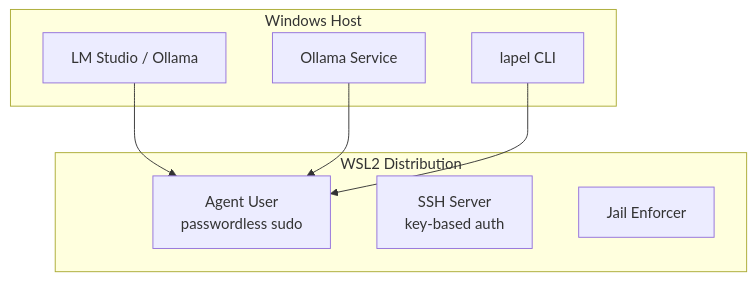
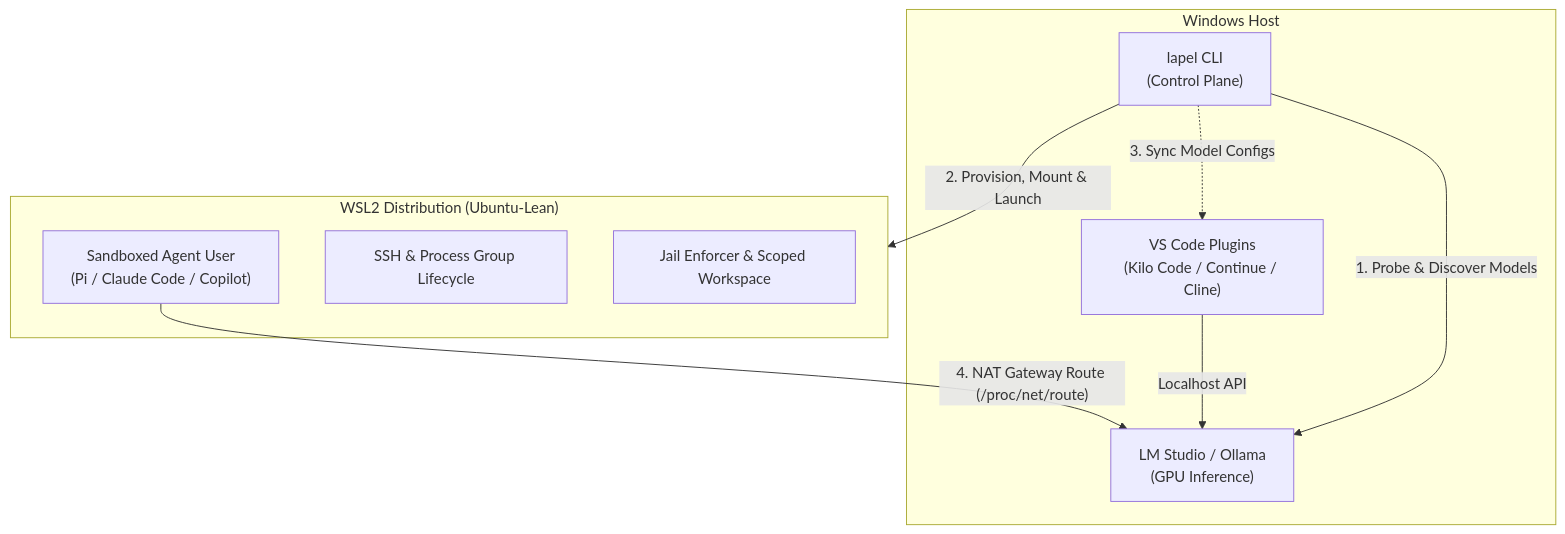
The diagram in docs/FEATURES.md (kurtisnotcurtis/lapel), drawn with Mermaid before and after one commit. The commit also changed other lines of this file and 60 other files, not shown here.

````diff
--- a/docs/FEATURES.md
+++ b/docs/FEATURES.md
@@ -167,18 +164,20 @@
 ```mermaid
 graph TD
     subgraph WindowsHost["Windows Host"]
-        A["LM Studio / Ollama"]
-        B["Ollama Service"]
-        C["lapel CLI"]
+        A["LM Studio / Ollama<br/>(GPU Inference)"]
+        C["lapel CLI<br/>(Control Plane)"]
+        V["VS Code Plugins<br/>(Kilo Code / Continue / Cline)"]
     end
 
-    subgraph WSL2Dist["WSL2 Distribution"]
-        D["Agent User<br/>passwordless sudo"]
-        E["SSH Server<br/>key-based auth"]
-        F["Jail Enforcer"]
+    subgraph WSL2Dist["WSL2 Distribution (Ubuntu-Lean)"]
+        D["Sandboxed Agent User<br/>(Pi / Claude Code / Copilot)"]
+        E["SSH & Process Group Lifecycle"]
+        F["Jail Enforcer & Scoped Workspace"]
     end
 
-    A --> D
-    B --> D
-    C --> D
+    C -->|"1. Probe & Discover Models"| A
+    C -->|"2. Provision, Mount & Launch"| WSL2Dist
+    C -.->|"3. Sync Model Configs"| V
+    D -->|"4. NAT Gateway Route (/proc/net/route)"| A
+    V -->|"Localhost API"| A
 ```
````
